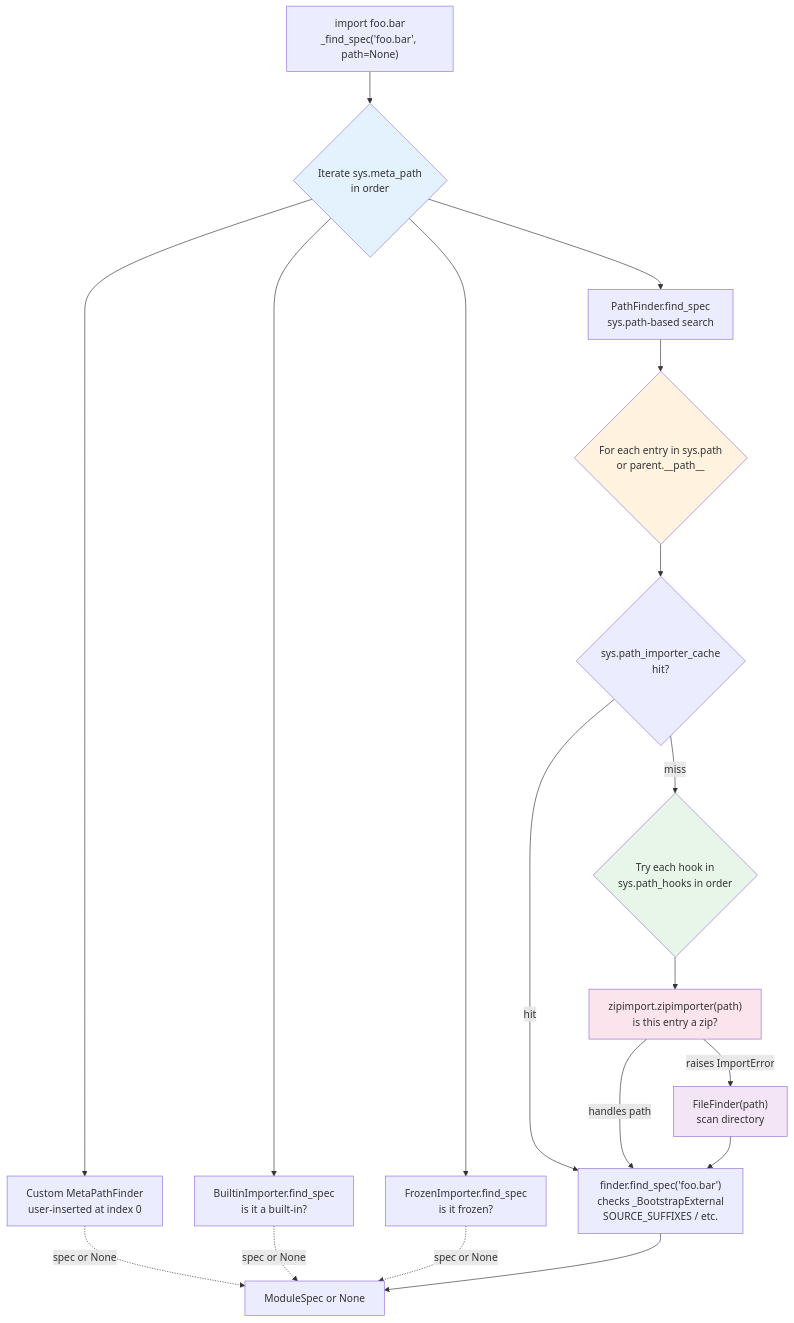
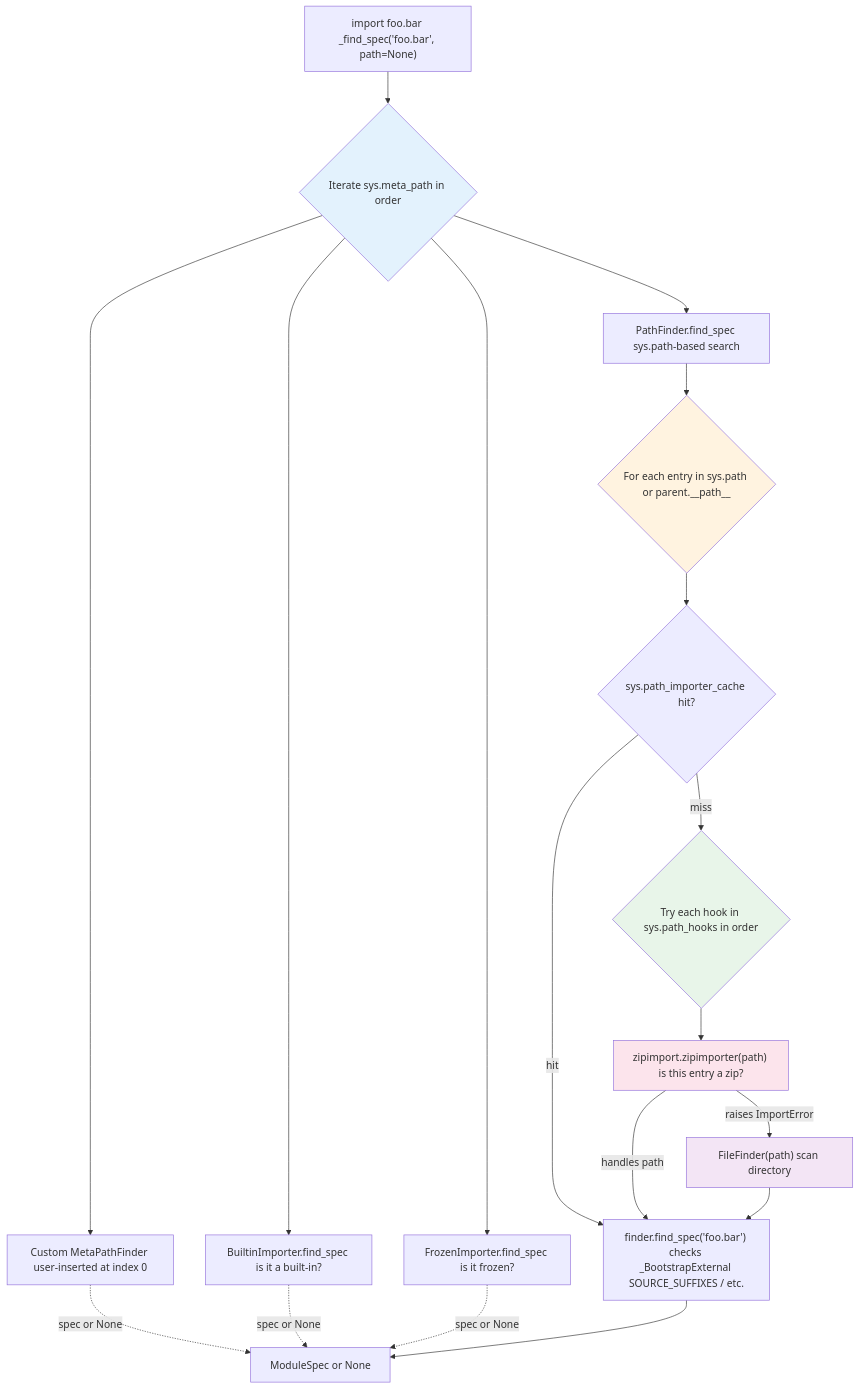
One commit to bumbsclaw/textbooks changed the second of 6 diagrams in vol-16-python-cpython-internals/ch09-import-system.md. Above: the diagram before and after it, drawn with Mermaid. The commit also changed other lines of this file and 9 other files, not shown here.

First line of the commit message:
fix(pdf, mermaid): syntax-highlighted code blocks + diagram label fixes

````diff
--- a/vol-16-python-cpython-internals/ch09-import-system.md
+++ b/vol-16-python-cpython-internals/ch09-import-system.md
@@ -203,42 +203,42 @@
 ```mermaid
 flowchart TB
-    IMPORT["import foo.bar<br/>_find_spec('foo.bar', path=None)"]
-    META{"Iterate sys.meta_path<br/>in order"}
-    F1["BuiltinImporter.find_spec<br/>is it a built-in?"]
-    F2["FrozenImporter.find_spec<br/>is it frozen?"]
-    F3["PathFinder.find_spec<br/>sys.path-based search"]
-    CUSTOM["Custom MetaPathFinder<br/>user-inserted at index 0"]
+    IMPORT["import foo.bar _find_spec('foo.bar', path=None)"]
+    META{"Iterate sys.meta_path in order"}
+    F1["BuiltinImporter.find_spec is it a built-in?"]
+    F2["FrozenImporter.find_spec is it frozen?"]
+    F3["PathFinder.find_spec sys.path-based search"]
+    CUSTOM["Custom MetaPathFinder user-inserted at index 0"]
 
-    PATHLOOP{"For each entry in sys.path<br/>or parent.__path__"}
-    CACHE{"sys.path_importer_cache<br/>hit?"}
-    HOOKS{"Try each hook in<br/>sys.path_hooks in order"}
-    ZIP["zipimport.zipimporter(path)<br/>is this entry a zip?"]
-    FILE["FileFinder(path)<br/>scan directory"]
-    FINDER_SPEC["finder.find_spec('foo.bar')<br/>checks _BootstrapExternal<br/>SOURCE_SUFFIXES / etc."]
+    PATHLOOP{"For each entry in sys.path or parent.__path__"}
+    CACHE{"sys.path_importer_cache hit?"}
+    HOOKS{"Try each hook in sys.path_hooks in order"}
+    ZIP["zipimport.zipimporter(path) is this entry a zip?"]
+    FILE["FileFinder(path) scan directory"]
+    FINDER_SPEC["finder.find_spec('foo.bar') checks _BootstrapExternal SOURCE_SUFFIXES / etc."]
 
     RESULT["ModuleSpec or None"]
 
     IMPORT --> META
     META --> CUSTOM
     CUSTOM -.->|spec or None| RESULT
     META --> F1
     F1 -.->|spec or None| RESULT
     META --> F2
     F2 -.->|spec or None| RESULT
     META --> F3
     F3 --> PATHLOOP
     PATHLOOP --> CACHE
     CACHE -->|hit| FINDER_SPEC
     CACHE -->|miss| HOOKS
     HOOKS --> ZIP
     ZIP -->|handles path| FINDER_SPEC
     ZIP -->|raises ImportError| FILE
     FILE --> FINDER_SPEC
     FINDER_SPEC --> RESULT
 
     style META fill:#e3f2fd
     style PATHLOOP fill:#fff3e0
     style HOOKS fill:#e8f5e9
     style ZIP fill:#fce4ec
     style FILE fill:#f3e5f5
 ```
````
